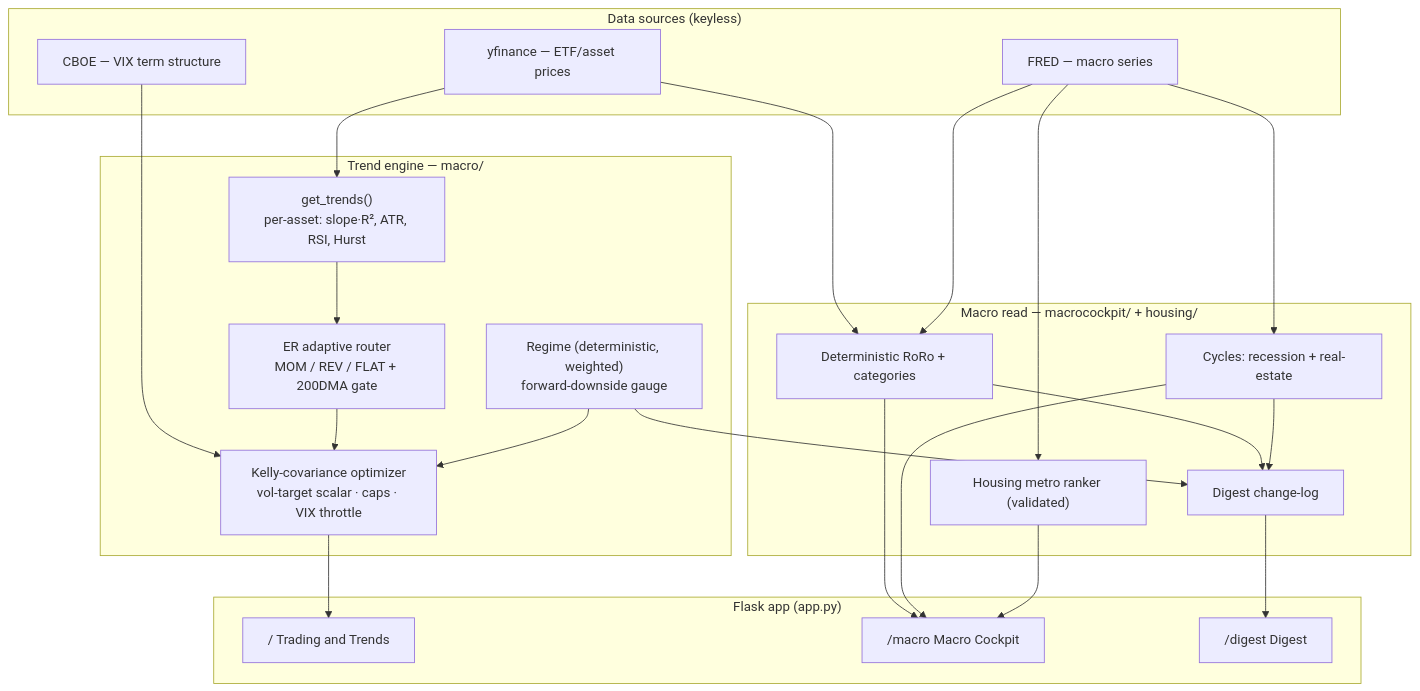
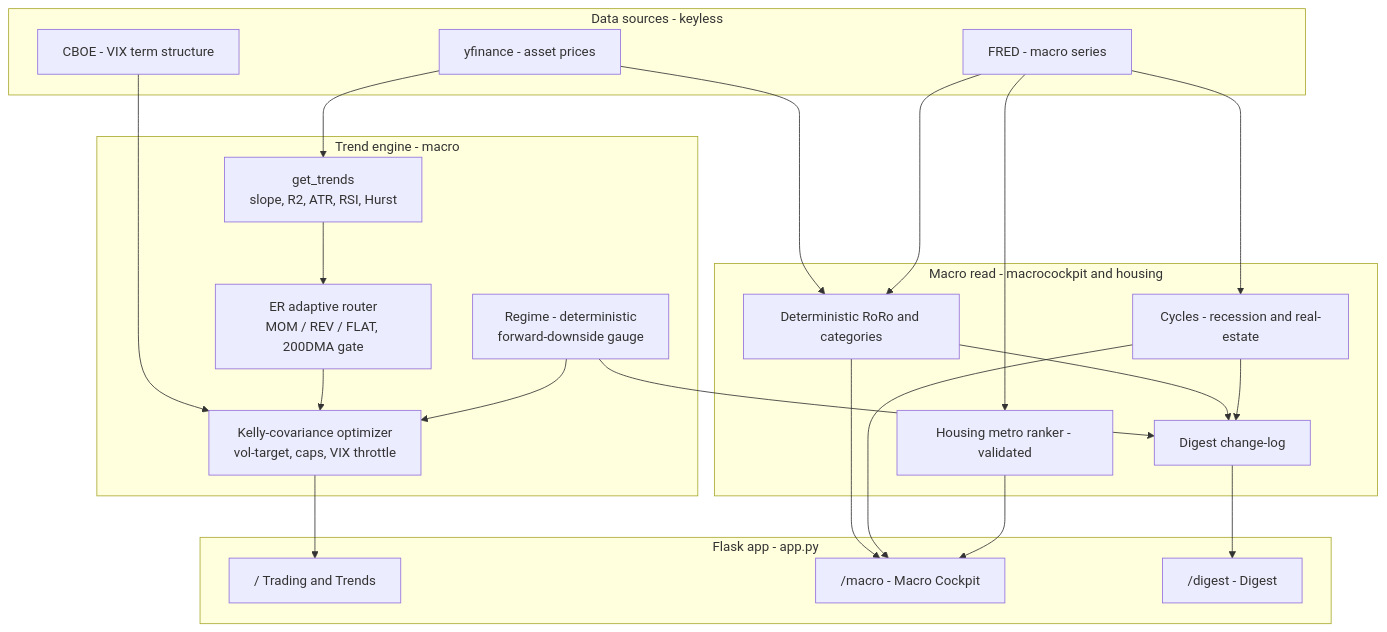
The diagram in README.md (shyammundhra2/stocks), drawn with Mermaid before and after one commit.

Commit message:
Fix mermaid diagram: ASCII-only (GitHub parser rejected em-dash/middot/sup2)
GitHub's mermaid renderer choked on the non-ASCII chars (em dash, middle dot,
superscript 2), throwing 'Cannot read properties of undefined (reading render)'.
Replaced all with ASCII equivalents; diagram now renders on GitHub.

````diff
--- a/README.md
+++ b/README.md
@@ -16,45 +16,45 @@
 ```mermaid
 flowchart TB
-    subgraph Data["Data sources (keyless)"]
-        YF["yfinance — ETF/asset prices"]
-        FRED["FRED — macro series"]
-        CBOE["CBOE — VIX term structure"]
+    subgraph Data["Data sources - keyless"]
+        YF["yfinance - asset prices"]
+        FRED["FRED - macro series"]
+        CBOE["CBOE - VIX term structure"]
     end
 
-    subgraph Flask["Flask app (app.py)"]
+    subgraph Flask["Flask app - app.py"]
         T["/ Trading and Trends"]
-        M["/macro Macro Cockpit"]
-        D["/digest Digest"]
+        M["/macro - Macro Cockpit"]
+        D["/digest - Digest"]
     end
 
-    subgraph Engine["Trend engine — macro/"]
-        TR["get_trends()<br/>per-asset: slope·R², ATR, RSI, Hurst"]
-        RT["ER adaptive router<br/>MOM / REV / FLAT + 200DMA gate"]
-        OPT["Kelly-covariance optimizer<br/>vol-target scalar · caps · VIX throttle"]
-        REG["Regime (deterministic, weighted)<br/>forward-downside gauge"]
+    subgraph Engine["Trend engine - macro"]
+        TR["get_trends<br/>slope, R2, ATR, RSI, Hurst"]
+        RT["ER adaptive router<br/>MOM / REV / FLAT, 200DMA gate"]
+        OPT["Kelly-covariance optimizer<br/>vol-target, caps, VIX throttle"]
+        REG["Regime - deterministic<br/>forward-downside gauge"]
     end
 
-    subgraph Cockpit["Macro read — macrocockpit/ + housing/"]
-        RORO["Deterministic RoRo + categories"]
-        CYC["Cycles: recession + real-estate"]
-        HOUS["Housing metro ranker (validated)"]
+    subgraph Cockpit["Macro read - macrocockpit and housing"]
+        RORO["Deterministic RoRo and categories"]
+        CYC["Cycles - recession and real-estate"]
+        HOUS["Housing metro ranker - validated"]
         DIG["Digest change-log"]
     end
 
     YF --> TR
     YF --> RORO
     FRED --> RORO
     FRED --> CYC
     FRED --> HOUS
     CBOE --> OPT
     TR --> RT --> OPT
     REG --> OPT
     OPT --> T
     RORO --> M
     CYC --> M
     HOUS --> M
     RORO --> DIG
     CYC --> DIG
     REG --> DIG
     DIG --> D
 ```
````
